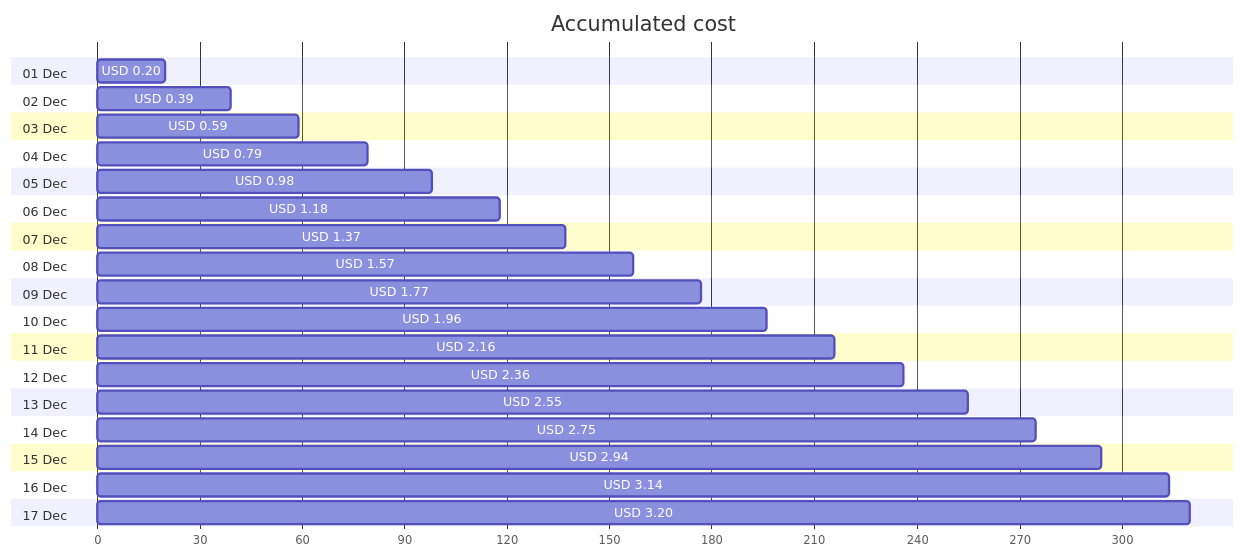
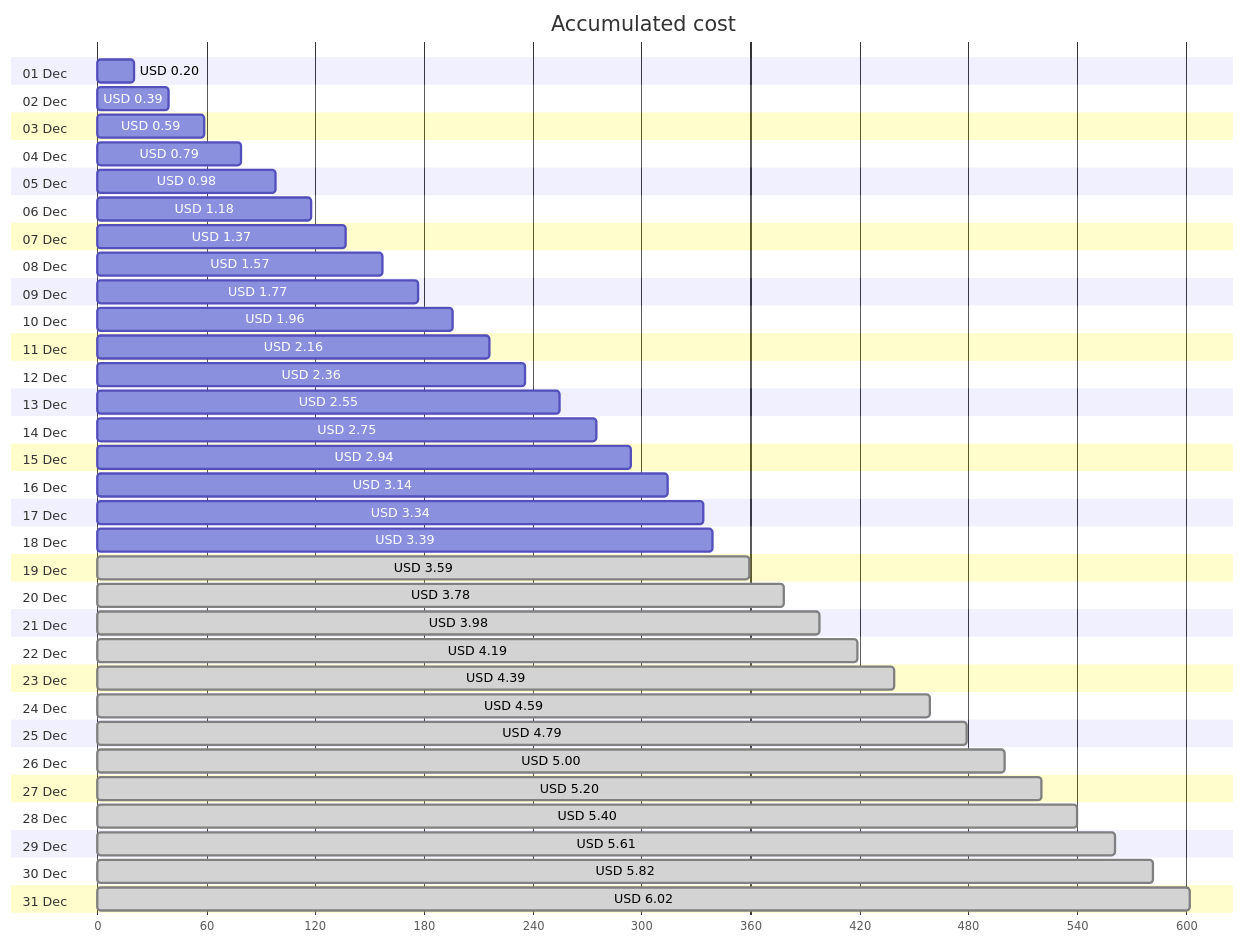
Before and after one commit to jpfulton/azure-personal-reports: the first of 4 diagrams in cost-reports/personal-network/backup-server.md, drawn with Mermaid. The commit also changed other lines of this file and 8 other files, not shown here.

````diff
--- a/cost-reports/personal-network/backup-server.md
+++ b/cost-reports/personal-network/backup-server.md
@@ -20,40 +20,68 @@
 ```mermaid
 gantt
    title Accumulated cost
    dateFormat  X
    axisFormat %s
    section 01 Dec
    USD 0.20 :0, 20
    section 02 Dec
    USD 0.39 :0, 39
    section 03 Dec
    USD 0.59 :0, 59
    section 04 Dec
    USD 0.79 :0, 79
    section 05 Dec
    USD 0.98 :0, 98
    section 06 Dec
    USD 1.18 :0, 118
    section 07 Dec
    USD 1.37 :0, 137
    section 08 Dec
    USD 1.57 :0, 157
    section 09 Dec
    USD 1.77 :0, 177
    section 10 Dec
    USD 1.96 :0, 196
    section 11 Dec
    USD 2.16 :0, 216
    section 12 Dec
    USD 2.36 :0, 236
    section 13 Dec
    USD 2.55 :0, 255
    section 14 Dec
    USD 2.75 :0, 275
    section 15 Dec
    USD 2.94 :0, 294
    section 16 Dec
    USD 3.14 :0, 314
    section 17 Dec
-   USD 3.20 :0, 320
+   USD 3.34 :0, 334
+   section 18 Dec
+   USD 3.39 :0, 339
+   section 19 Dec
+   USD 3.59 : done, 0, 359
+   section 20 Dec
+   USD 3.78 : done, 0, 378
+   section 21 Dec
+   USD 3.98 : done, 0, 398
+   section 22 Dec
+   USD 4.19 : done, 0, 419
+   section 23 Dec
+   USD 4.39 : done, 0, 439
+   section 24 Dec
+   USD 4.59 : done, 0, 459
+   section 25 Dec
+   USD 4.79 : done, 0, 479
+   section 26 Dec
+   USD 5.00 : done, 0, 500
+   section 27 Dec
+   USD 5.20 : done, 0, 520
+   section 28 Dec
+   USD 5.40 : done, 0, 540
+   section 29 Dec
+   USD 5.61 : done, 0, 561
+   section 30 Dec
+   USD 5.82 : done, 0, 582
+   section 31 Dec
+   USD 6.02 : done, 0, 602
 ```
````
